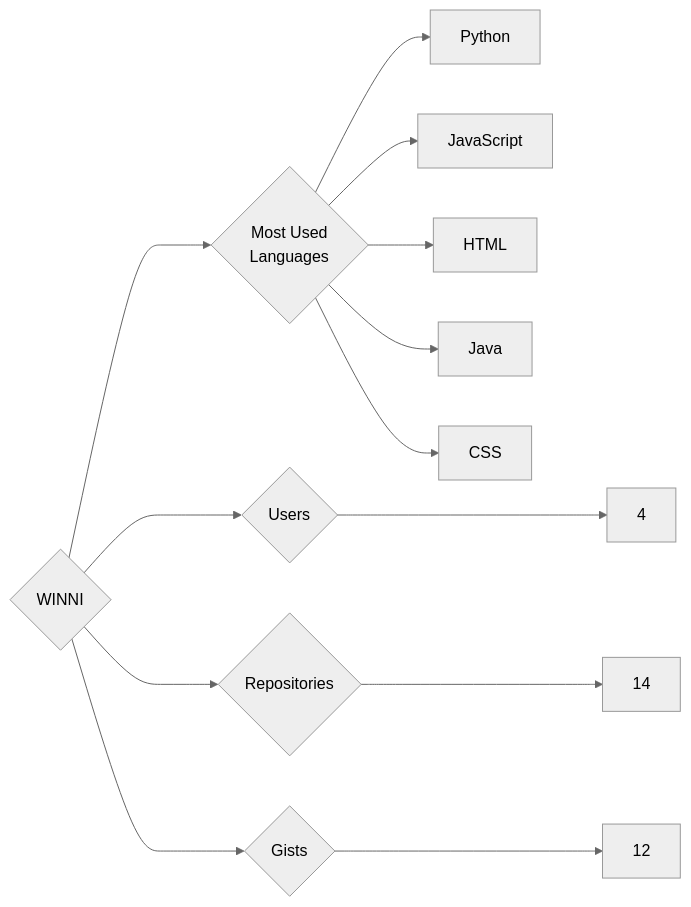
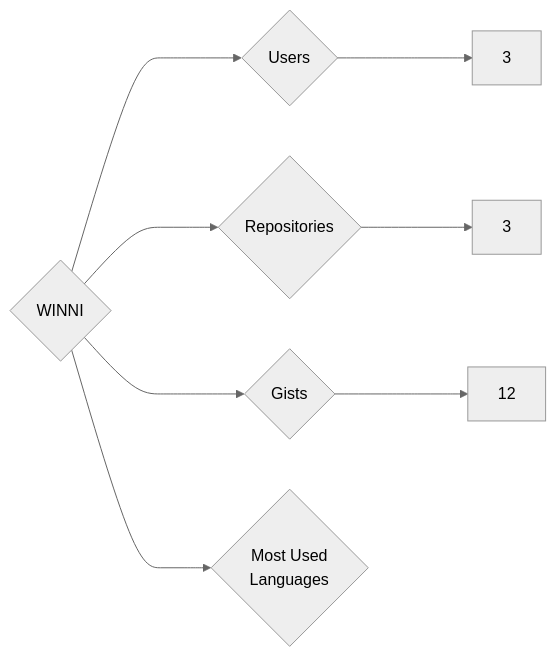
Before and after one commit to trickest/insiders: the diagram in targets/WINNI/README.md, drawn with Mermaid (neutral theme). The commit also changed 1696 other files, not shown here.

````diff
--- a/targets/WINNI/README.md
+++ b/targets/WINNI/README.md
@@ -3,13 +3,8 @@
 ```mermaid
 graph LR
 COMPANY_NAME{WINNI}
-COMPANY_NAME ---> U{Users} ---> UN[4]
-COMPANY_NAME ---> R{Repositories} ---> RN[14]
+COMPANY_NAME ---> U{Users} ---> UN[3]
+COMPANY_NAME ---> R{Repositories} ---> RN[3]
 COMPANY_NAME ---> G{Gists} ---> GN[12]
 COMPANY_NAME ---> ML{Most Used<br>Languages}
-ML --> Python[Python]
-ML --> JavaScript[JavaScript]
-ML --> HTML[HTML]
-ML --> Java[Java]
-ML --> CSS[CSS]
 ```
````
